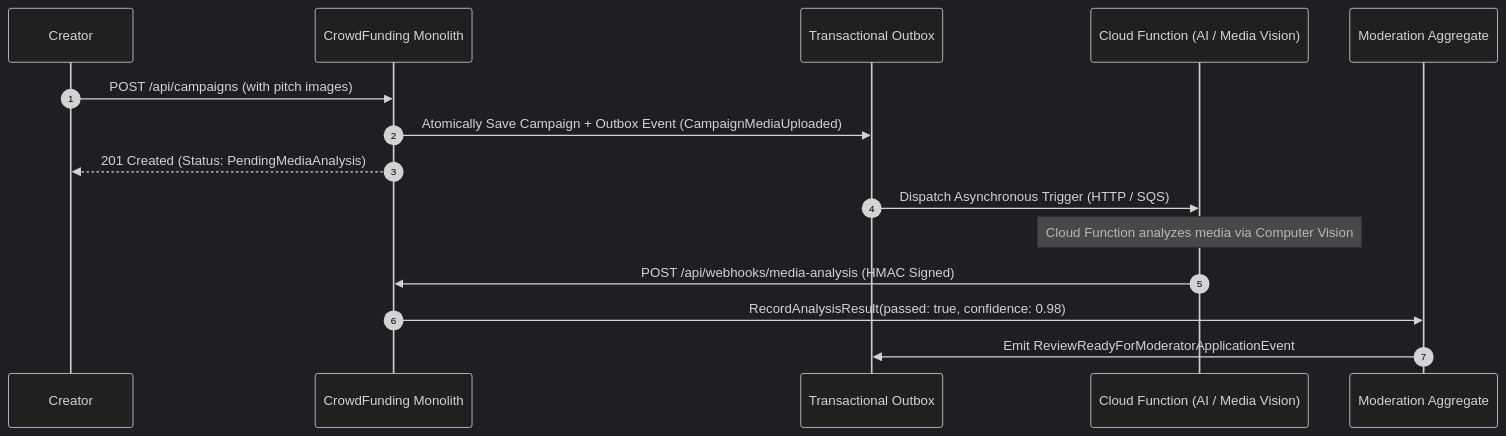
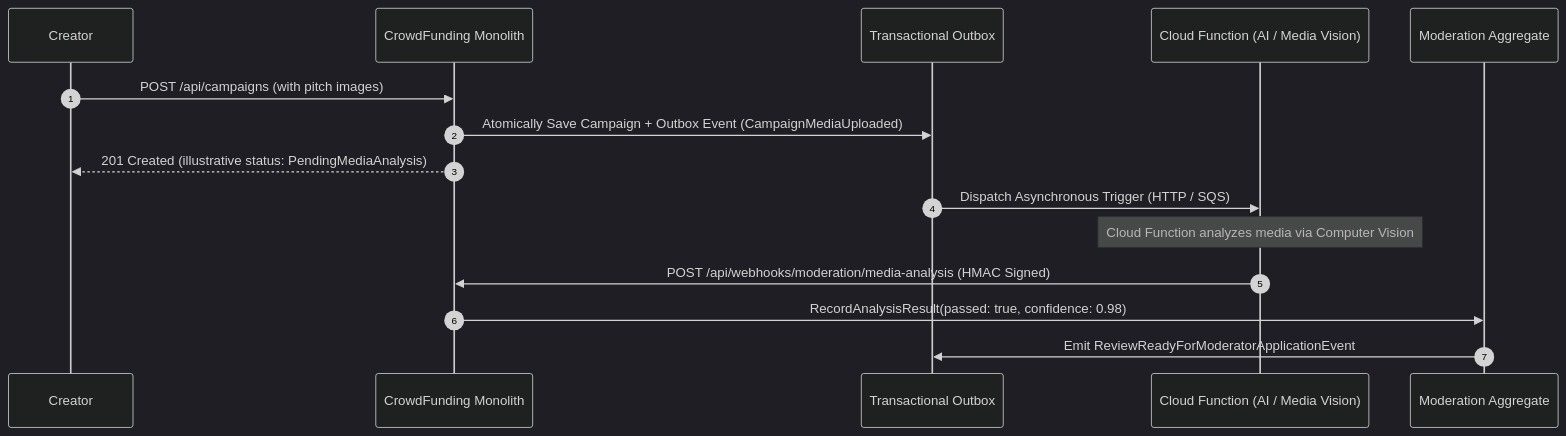
The second of 2 diagrams in educational/01-architecture-paradigms/justifying-the-outbox-and-complex-crud.md (maysamgamini/crowdfundinghub), drawn with Mermaid (dark theme) before and after one commit. The commit also changed other lines of this file and 31 other files, not shown here.

````diff
--- a/educational/01-architecture-paradigms/justifying-the-outbox-and-complex-crud.md
+++ b/educational/01-architecture-paradigms/justifying-the-outbox-and-complex-crud.md
@@ -90,19 +90,19 @@
 ```mermaid
 sequenceDiagram
     autonumber
     participant Creator
     participant API as CrowdFunding Monolith
     participant OB as Transactional Outbox
     participant CF as Cloud Function (AI / Media Vision)
     participant Mod as Moderation Aggregate
 
     Creator->>API: POST /api/campaigns (with pitch images)
     API->>OB: Atomically Save Campaign + Outbox Event (CampaignMediaUploaded)
-    API-->>Creator: 201 Created (Status: PendingMediaAnalysis)
+    API-->>Creator: 201 Created (illustrative status: PendingMediaAnalysis)
     
     OB->>CF: Dispatch Asynchronous Trigger (HTTP / SQS)
     Note over CF: Cloud Function analyzes media via Computer Vision
-    CF->>API: POST /api/webhooks/media-analysis (HMAC Signed)
+    CF->>API: POST /api/webhooks/moderation/media-analysis (HMAC Signed)
     API->>Mod: RecordAnalysisResult(passed: true, confidence: 0.98)
     Mod->>OB: Emit ReviewReadyForModeratorApplicationEvent
 ```
````
